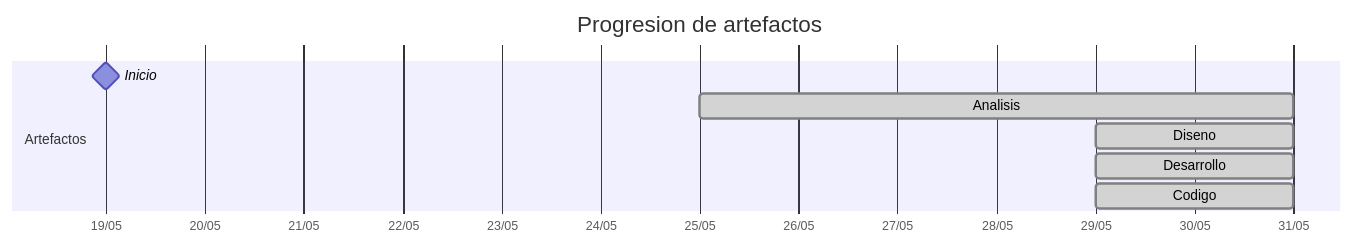
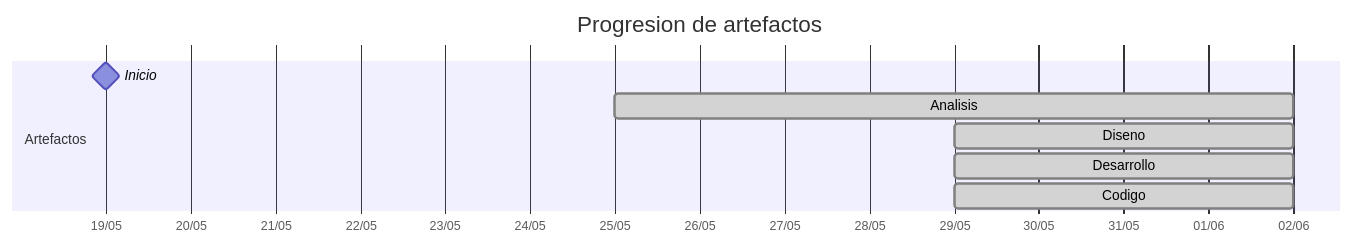
One commit to carlos-alvarado-25/25-26-idsw2-sdVC changed the diagram in TIMELINES/SdeCos.md. Above: the diagram before and after it, drawn with Mermaid. The commit also changed other lines of this file and 11 other files, not shown here.

````diff
--- a/TIMELINES/SdeCos.md
+++ b/TIMELINES/SdeCos.md
@@ -19,12 +19,12 @@
 ```mermaid
 gantt
     title Progresion de artefactos
     dateFormat YYYY-MM-DD
     axisFormat %d/%m
     section Artefactos
         Inicio       :milestone, 2026-05-19, 0d
-        Analisis     :done, 2026-05-25, 2026-05-31
-        Diseno       :done, 2026-05-29, 2026-05-31
-        Desarrollo   :done, 2026-05-29, 2026-05-31
-        Codigo       :done, 2026-05-29, 2026-05-31
+        Analisis     :done, 2026-05-25, 2026-06-02
+        Diseno       :done, 2026-05-29, 2026-06-02
+        Desarrollo   :done, 2026-05-29, 2026-06-02
+        Codigo       :done, 2026-05-29, 2026-06-02
 ```
````
